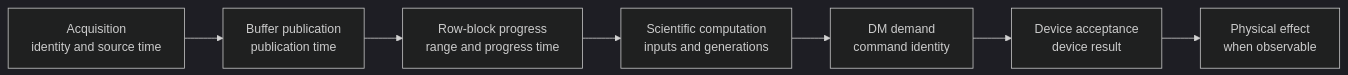
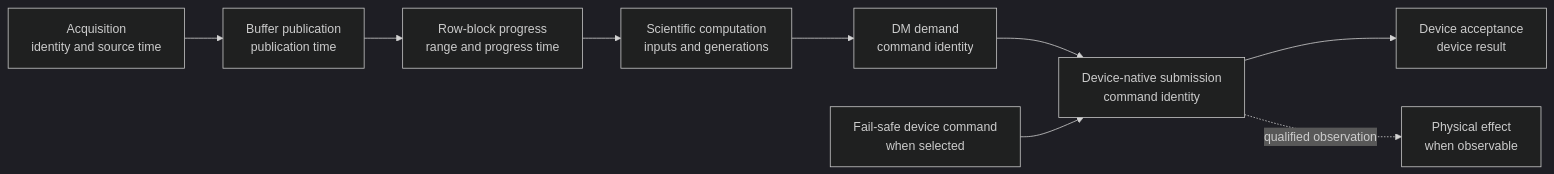
One commit to DarrylGamroth/pipewireao-rtc changed the diagram in docs/time-and-performance.md. Above: the diagram before and after it, drawn with Mermaid (dark theme). The commit also changed other lines of this file and 8 other files, not shown here.

Commit message:
docs: define incremental RTC architecture

````diff
--- a/docs/time-and-performance.md
+++ b/docs/time-and-performance.md
@@ -59,17 +77,21 @@
 ```mermaid
 flowchart LR
     Acquire["Acquisition<br/>identity and source time"]
     Publish["Buffer publication<br/>publication time"]
     Progress["Row-block progress<br/>range and progress time"]
     Compute["Scientific computation<br/>inputs and generations"]
     Demand["DM demand<br/>command identity"]
+    Safety["Fail-safe device command<br/>when selected"]
+    Submit["Device-native submission<br/>command identity"]
     Accept["Device acceptance<br/>device result"]
     Effect["Physical effect<br/>when observable"]
 
     Acquire --> Publish
     Publish --> Progress
     Progress --> Compute
     Compute --> Demand
-    Demand --> Accept
-    Accept --> Effect
+    Demand --> Submit
+    Safety --> Submit
+    Submit --> Accept
+    Submit -. qualified observation .-> Effect
 ```
````
